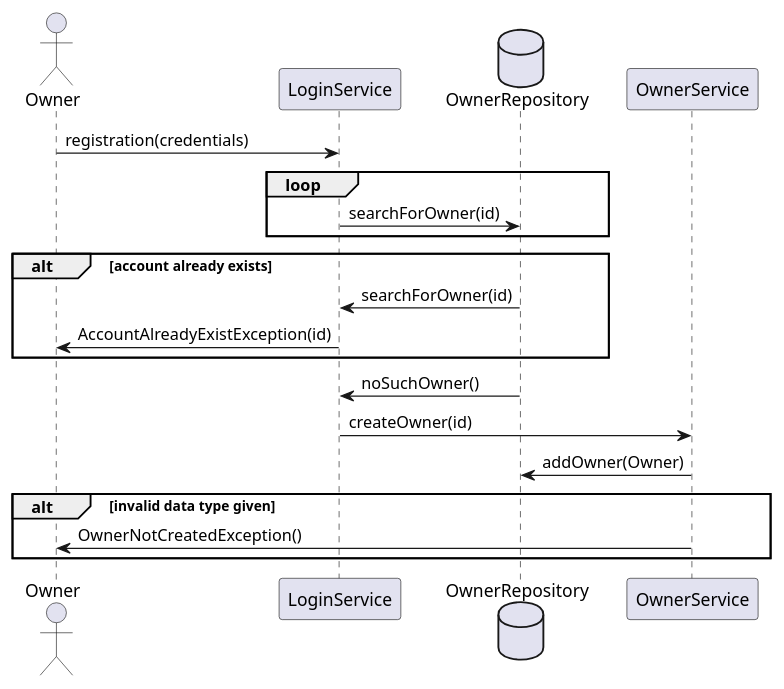
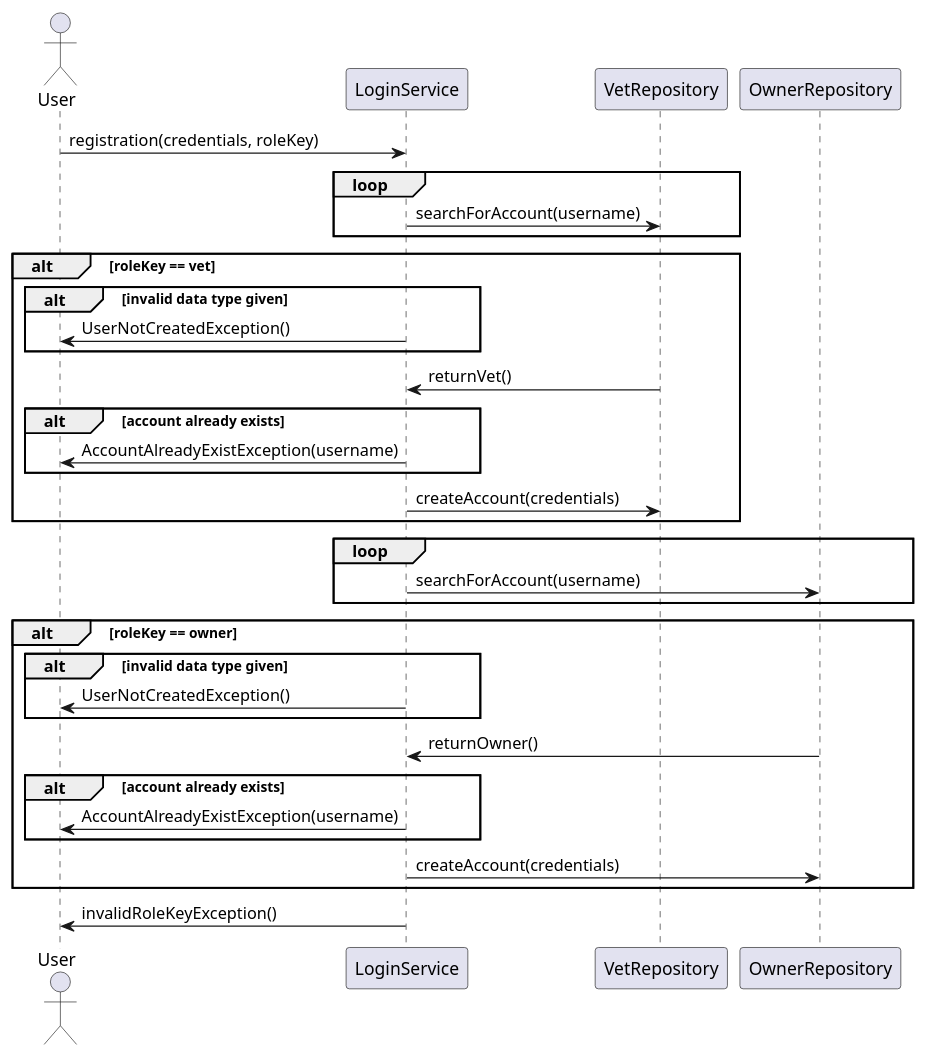
Before and after one commit to Serionus/softwareEngineeringPetClinic: the diagram in sequence1.plantuml, drawn with PlantUML. The commit also changed 6 other files, not shown here.

```diff
--- a/sequence1.plantuml
+++ b/sequence1.plantuml
@@ -1,28 +1,44 @@
 @startuml PetClinic Sequence1 Create Account
 
-actor Owner
+actor User
 participant LoginService
-database OwnerRepository
-participant OwnerService
+participant VetRepository
+participant OwnerRepository
 
-Owner -> LoginService : registration(credentials)
+User -> LoginService : registration(credentials, roleKey)
 
 loop
-    LoginService -> OwnerRepository : searchForOwner(id)
+    LoginService -> VetRepository : searchForAccount(username)
 end
 
-alt account already exists
-    LoginService <- OwnerRepository : searchForOwner(id)
-    Owner <- LoginService : AccountAlreadyExistException(id)
+alt roleKey == vet
+    alt invalid data type given
+        LoginService -> User : UserNotCreatedException()
+    end
+    VetRepository -> LoginService : returnVet()
+    alt account already exists
+        User <- LoginService : AccountAlreadyExistException(username)
+    end
+    LoginService -> VetRepository : createAccount(credentials)
+    
 end
 
-OwnerRepository -> LoginService : noSuchOwner()
-LoginService -> OwnerService : createOwner(id)
-
-OwnerService -> OwnerRepository : addOwner(Owner)
-
-alt invalid data type given
-    OwnerService -> Owner : OwnerNotCreatedException()
+loop
+    LoginService -> OwnerRepository : searchForAccount(username)
 end
 
+alt roleKey == owner
+    alt invalid data type given
+        LoginService -> User : UserNotCreatedException()
+    end
+    OwnerRepository -> LoginService : returnOwner()
+    alt account already exists
+        User <- LoginService : AccountAlreadyExistException(username)
+    end
+    LoginService -> OwnerRepository : createAccount(credentials)
+    
+end
+
+LoginService -> User : invalidRoleKeyException()
+
 @enduml
```
